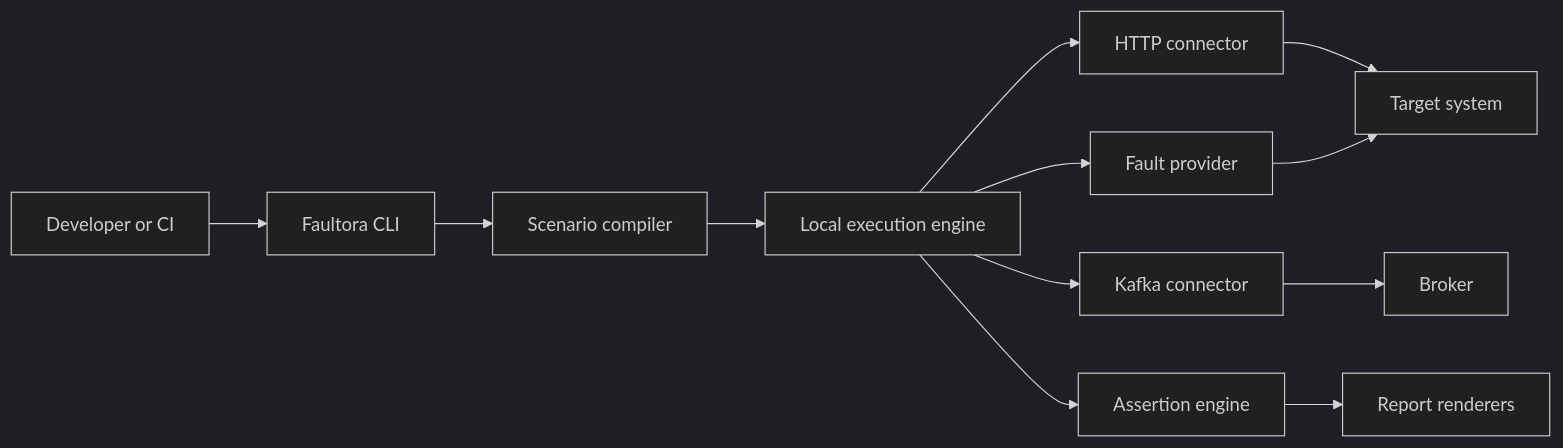
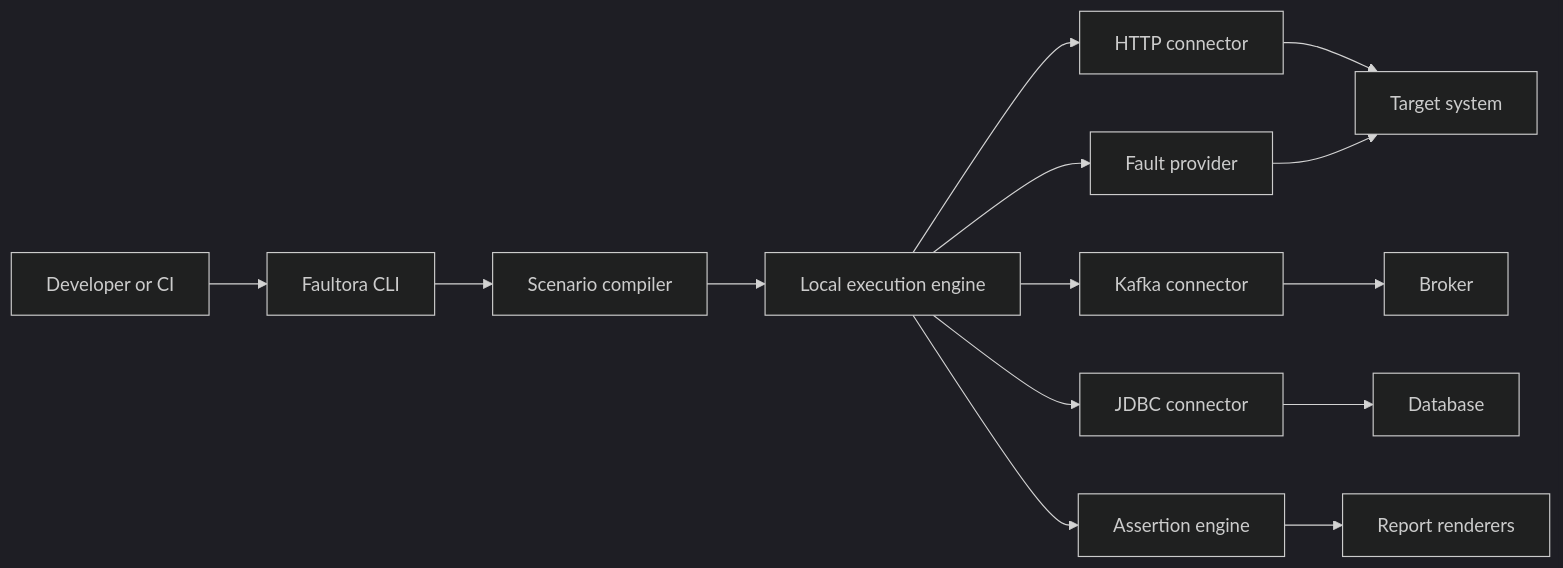
The first of 3 diagrams in docs/ARCHITECTURE.md (Malatiel/Faultora), drawn with Mermaid (dark theme) before and after one commit. The commit also changed other lines of this file and 38 other files, not shown here.

````diff
--- a/docs/ARCHITECTURE.md
+++ b/docs/ARCHITECTURE.md
@@ -84,14 +84,16 @@
 ```mermaid
 flowchart LR
     U["Developer or CI"] --> CLI["Faultora CLI"]
     CLI --> C["Scenario compiler"]
     C --> E["Local execution engine"]
     E --> H["HTTP connector"]
     E --> K["Kafka connector"]
+    E --> J["JDBC connector"]
     E --> F["Fault provider"]
     H --> S["Target system"]
     K --> B["Broker"]
+    J --> D["Database"]
     F --> S
     E --> A["Assertion engine"]
     A --> R["Report renderers"]
 ```
````
